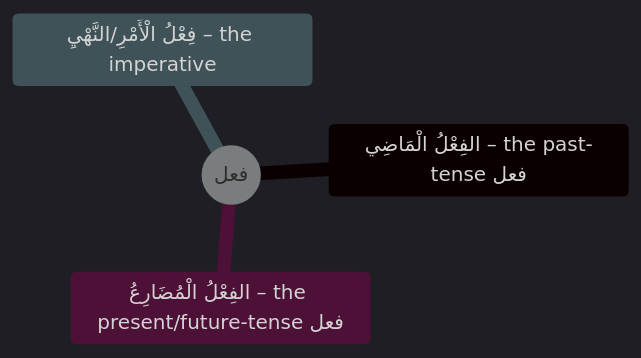
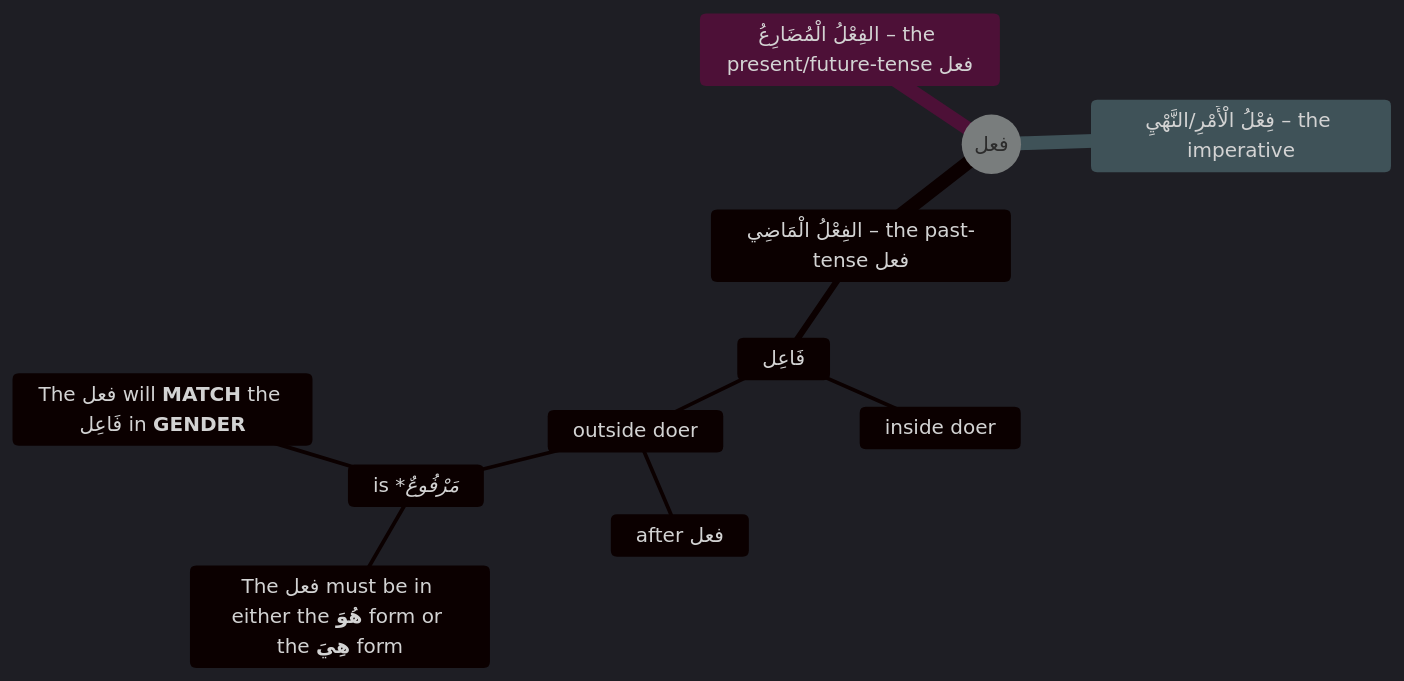
The fourth of 4 diagrams in README.md (phillogic/learning-arabic), drawn with Mermaid before and after one commit. The commit also changed other lines of this file, not shown here.

Commit message:
outside doers

`````diff
--- a/README.md
+++ b/README.md
@@ -200,12 +200,19 @@
 ```mermaid
 ---
 config:
   layout: tidy-tree
   theme: dark
 ---
 mindmap
   root((فعل))
     الفِعْلُ الْمَاضِي – the past-tense فعل
+      فَاعِل
+        inside doer
+        outside doer
+          after  فعل
+          is  **مَرْفُوعٌ*
+           The فعل must be in either the **هُوَ** form or the **هِيَ** form
+           The فعل will **MATCH** the فَاعِل in **GENDER**
     الفِعْلُ الْمُضَارِعُ – the present/future-tense فعل
     فِعْلُ الْأَمْرِ/النَّهْيِ – the imperative
 ````
`````
